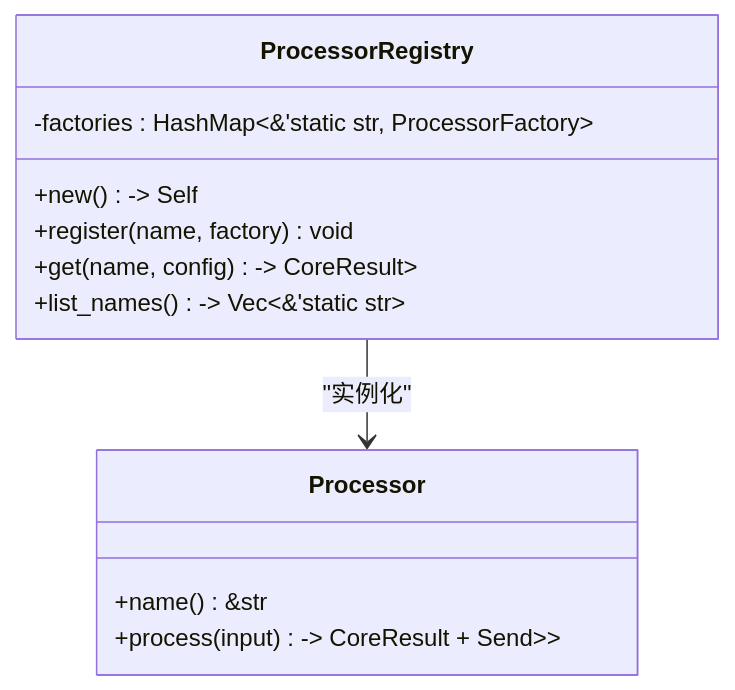
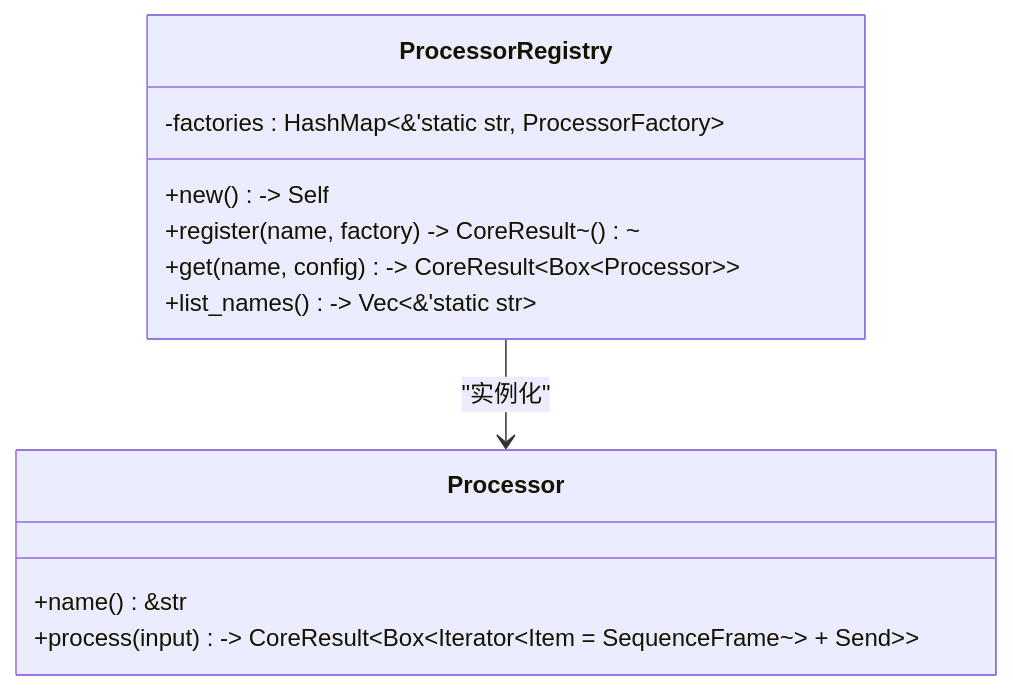
One commit to shiyukonghui/StructGen-rs changed the third of 10 diagrams in .qoder/repowiki/zh/content/后处理管道层/后处理管道层.md. Above: the diagram before and after it, drawn with Mermaid. The commit also changed other lines of this file and 8 other files, not shown here.

````diff
--- a/.qoder/repowiki/zh/content/后处理管道层/后处理管道层.md
+++ b/.qoder/repowiki/zh/content/后处理管道层/后处理管道层.md
@@ -138,15 +142,15 @@
 ```mermaid
 classDiagram
 class Processor {
 +name() &str
-+process(input) -> CoreResult<Box<dyn Iterator<Item = SequenceFrame> + Send>>
++process(input) -> CoreResult~Box~Iterator~Item = SequenceFrame~~ + Send~~
 }
 class ProcessorRegistry {
--factories : HashMap<&'static str, ProcessorFactory>
+-factories : HashMap~&'static str, ProcessorFactory~
 +new() -> Self
-+register(name, factory) void
-+get(name, config) -> CoreResult<Box<dyn Processor>>
-+list_names() -> Vec<&'static str>
++register(name, factory) -> CoreResult~()~
++get(name, config) -> CoreResult~Box~Processor~~
++list_names() -> Vec~&'static str~
 }
 ProcessorRegistry --> Processor : "实例化"
 ```
````
